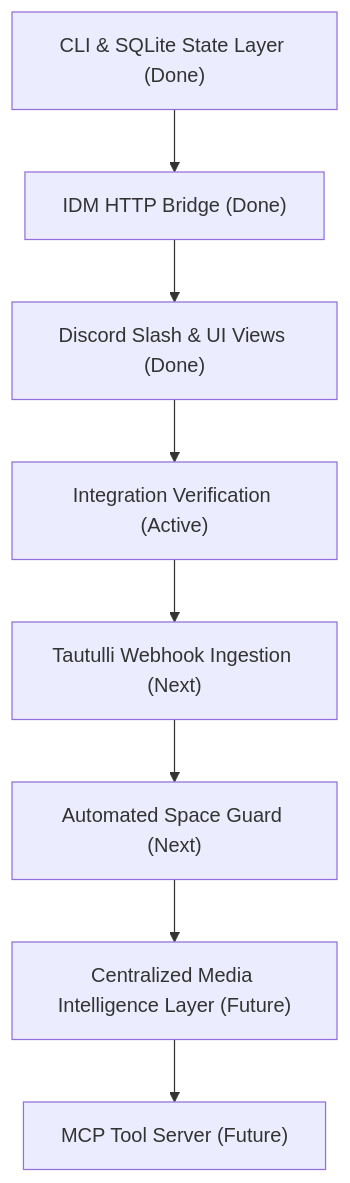
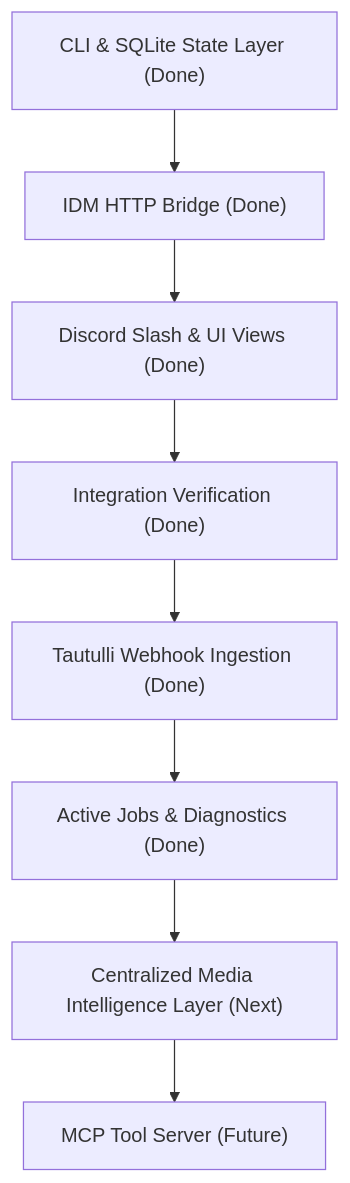
Before and after one commit to nanobot001/media-bot: the diagram in docs/adapter-roadmap.md, drawn with Mermaid. The commit also changed other lines of this file and 14 other files, not shown here.

Commit message:
feat: implement active jobs and diagnostics suite (Block 04-1)

````diff
--- a/docs/adapter-roadmap.md
+++ b/docs/adapter-roadmap.md
@@ -9,10 +9,10 @@
 ```mermaid
 graph TD
     A["CLI & SQLite State Layer (Done)"] --> B["IDM HTTP Bridge (Done)"]
     B --> C["Discord Slash & UI Views (Done)"]
-    C --> D["Integration Verification (Active)"]
-    D --> E["Tautulli Webhook Ingestion (Next)"]
-    E --> F["Automated Space Guard (Next)"]
-    F --> G["Centralized Media Intelligence Layer (Future)"]
+    C --> D["Integration Verification (Done)"]
+    D --> E["Tautulli Webhook Ingestion (Done)"]
+    E --> F["Active Jobs & Diagnostics (Done)"]
+    F --> G["Centralized Media Intelligence Layer (Next)"]
     G --> H["MCP Tool Server (Future)"]
 ```
````
